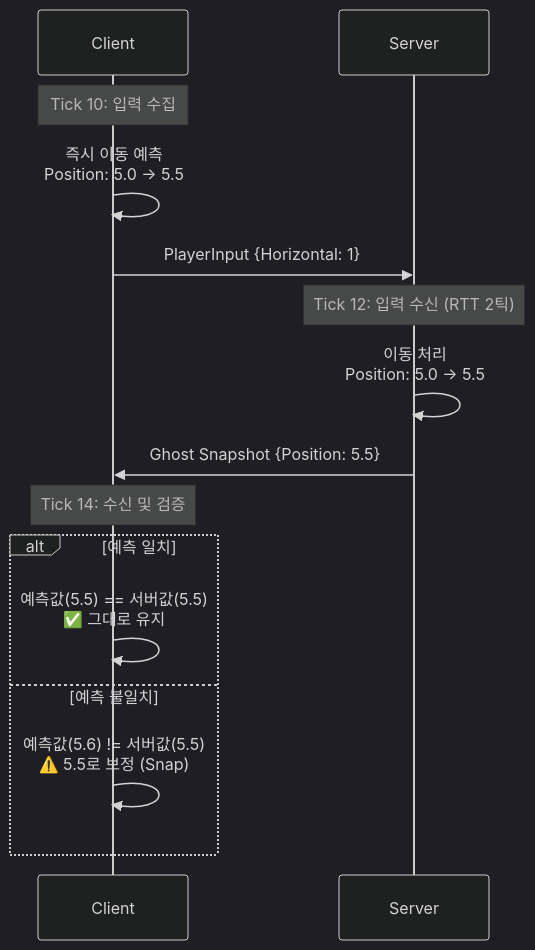
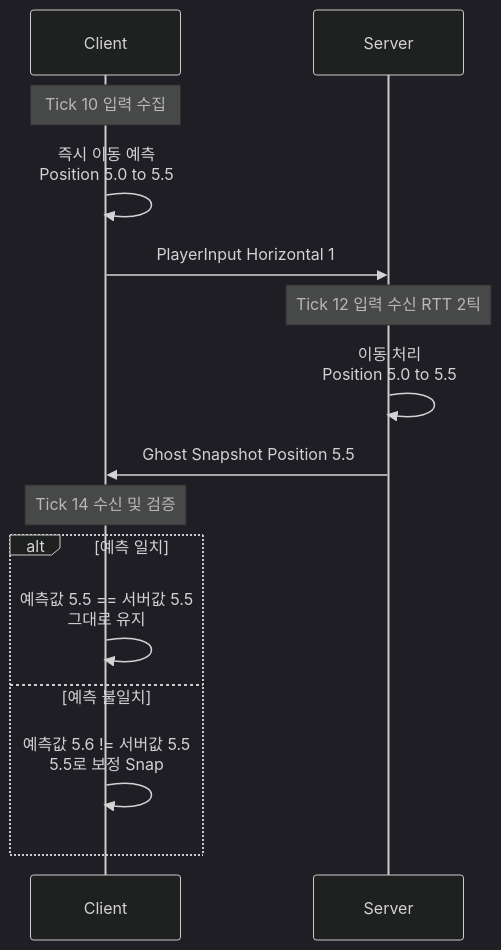
Before and after one commit to lmo0317/projectc: the sixth of 8 diagrams in README.md, drawn with Mermaid (dark theme). The commit also changed other lines of this file, not shown here.

````diff
--- a/README.md
+++ b/README.md
@@ -515,20 +512,20 @@
 ```mermaid
 sequenceDiagram
     participant C as Client
     participant S as Server
 
-    Note over C: Tick 10: 입력 수집
-    C->>C: 즉시 이동 예측<br/>Position: 5.0 → 5.5
-    C->>S: PlayerInput {Horizontal: 1}
+    Note over C: Tick 10 입력 수집
+    C->>C: 즉시 이동 예측<br/>Position 5.0 to 5.5
+    C->>S: PlayerInput Horizontal 1
 
-    Note over S: Tick 12: 입력 수신 (RTT 2틱)
-    S->>S: 이동 처리<br/>Position: 5.0 → 5.5
-    S->>C: Ghost Snapshot {Position: 5.5}
+    Note over S: Tick 12 입력 수신 RTT 2틱
+    S->>S: 이동 처리<br/>Position 5.0 to 5.5
+    S->>C: Ghost Snapshot Position 5.5
 
-    Note over C: Tick 14: 수신 및 검증
+    Note over C: Tick 14 수신 및 검증
     alt 예측 일치
-        C->>C: 예측값(5.5) == 서버값(5.5)<br/>✅ 그대로 유지
+        C->>C: 예측값 5.5 == 서버값 5.5<br/>그대로 유지
     else 예측 불일치
-        C->>C: 예측값(5.6) != 서버값(5.5)<br/>⚠️ 5.5로 보정 (Snap)
+        C->>C: 예측값 5.6 != 서버값 5.5<br/>5.5로 보정 Snap
     end
 ```
````
